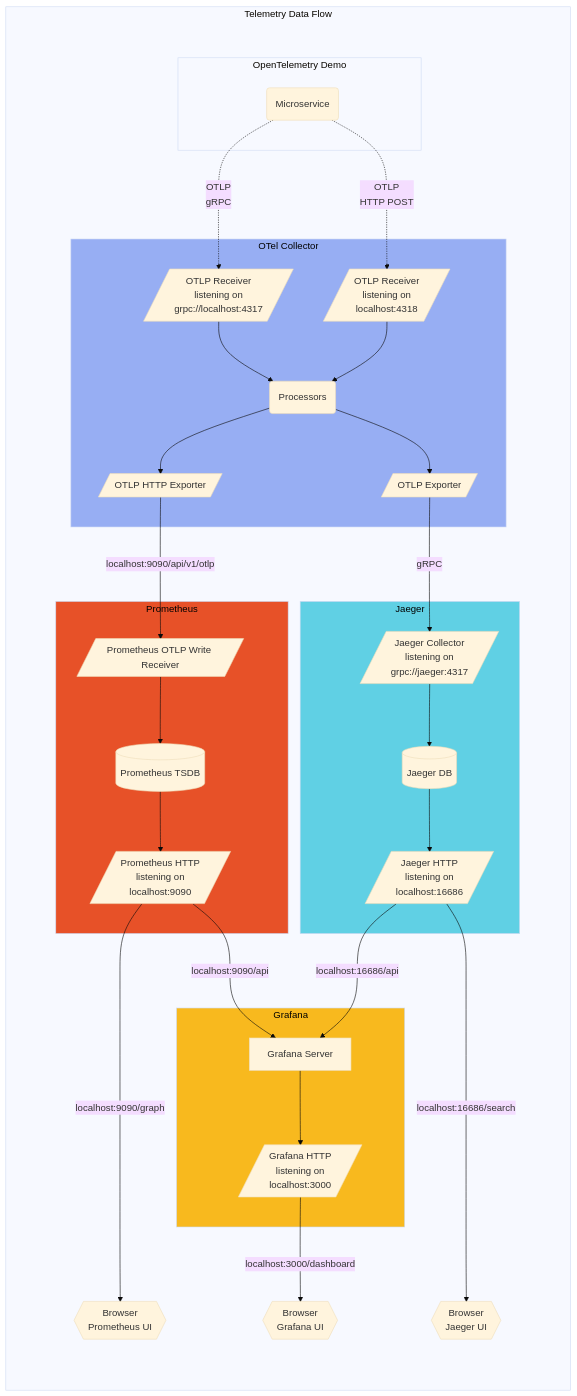
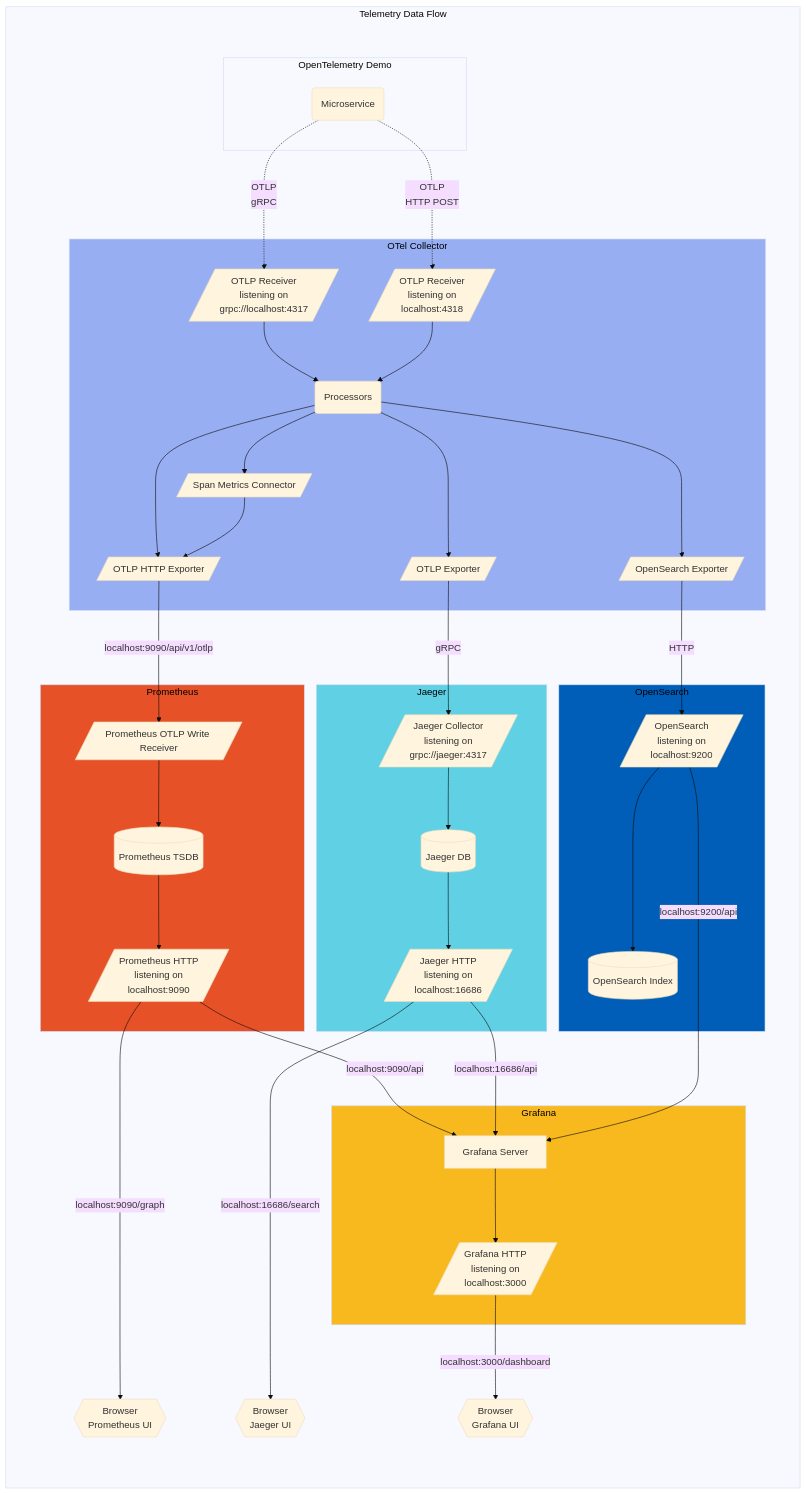
One commit to open-telemetry/opentelemetry.io changed the third of 3 diagrams in content/en/docs/demo/architecture.md. Above: the diagram before and after it, drawn with Mermaid (base theme). The commit also changed other lines of this file and 3 other files, not shown here.

Commit message:
update otel demo architecture

```diff
--- a/content/en/docs/demo/architecture.md
+++ b/content/en/docs/demo/architecture.md
@@ -147,18 +147,25 @@
             oc-grpc[/"OTLP Receiver<br/>listening on<br/>grpc://localhost:4317"/]
             oc-http[/"OTLP Receiver<br/>listening on <br/>localhost:4318<br/>"/]
             oc-proc(Processors)
+            oc-spanmetrics[/"Span Metrics Connector"/]
             oc-prom[/"OTLP HTTP Exporter"/]
             oc-otlp[/"OTLP Exporter"/]
+            oc-opensearch[/"OpenSearch Exporter"/]
 
             oc-grpc --> oc-proc
             oc-http --> oc-proc
 
             oc-proc --> oc-prom
             oc-proc --> oc-otlp
+            oc-proc --> oc-opensearch
+            oc-proc --> oc-spanmetrics
+            oc-spanmetrics --> oc-prom
+          
         end
 
         oc-prom -->|"localhost:9090/api/v1/otlp"| pr-sc
         oc-otlp -->|gRPC| ja-col
+        oc-opensearch -->|HTTP| os-http
 
         subgraph pr[Prometheus]
             style pr fill:#e75128,color:black;
@@ -183,6 +190,14 @@
             ja-db --> ja-http
         end
 
+        subgraph os[OpenSearch]
+            style os fill:#005eb8,color:black;
+            os-http[/"OpenSearch<br/>listening on<br/>localhost:9200"/]
+            os-db[(OpenSearch Index)]
+
+            os-http ---> os-db
+        end
+
         subgraph gr[Grafana]
             style gr fill:#f8b91e,color:black;
             gr-srv["Grafana Server"]
@@ -193,6 +208,7 @@
 
         pr-http --> |"localhost:9090/api"| gr-srv
         ja-http --> |"localhost:16686/api"| gr-srv
+        os-http --> |"localhost:9200/api"| gr-srv
 
         ja-b{{"Browser<br/>Jaeger UI"}}
         ja-http ---->|"localhost:16686/search"| ja-b
```
